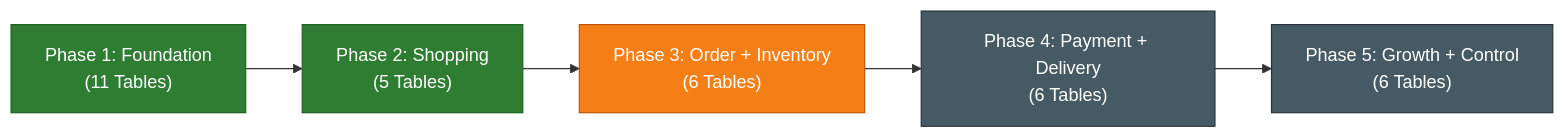
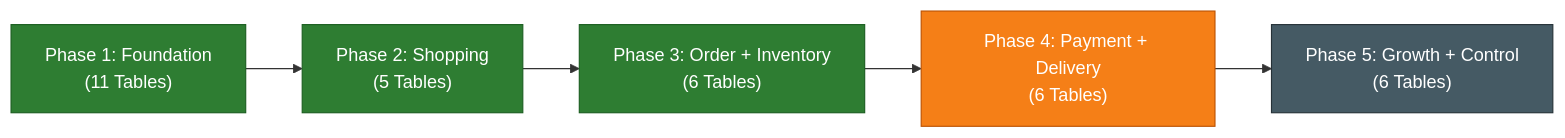
Before and after one commit to 4pNTING/millionx-ecommerce-backend: the diagram in docs/PROJECT_PHASES_DOCUMENT.md, drawn with Mermaid. The commit also changed other lines of this file and 66 other files, not shown here.

````diff
--- a/docs/PROJECT_PHASES_DOCUMENT.md
+++ b/docs/PROJECT_PHASES_DOCUMENT.md
@@ -9,13 +9,13 @@
 ```mermaid
 flowchart LR
     P1["Phase 1: Foundation\n(11 Tables)"] --> P2["Phase 2: Shopping\n(5 Tables)"]
     P2 --> P3["Phase 3: Order + Inventory\n(6 Tables)"]
     P3 --> P4["Phase 4: Payment + Delivery\n(6 Tables)"]
     P4 --> P5["Phase 5: Growth + Control\n(6 Tables)"]
 
     style P1 fill:#2e7d32,stroke:#1b5e20,color:#ffffff
     style P2 fill:#2e7d32,stroke:#1b5e20,color:#ffffff
-    style P3 fill:#f57f17,stroke:#bc5100,color:#ffffff
-    style P4 fill:#455a64,stroke:#263238,color:#ffffff
+    style P3 fill:#2e7d32,stroke:#1b5e20,color:#ffffff
+    style P4 fill:#f57f17,stroke:#bc5100,color:#ffffff
     style P5 fill:#455a64,stroke:#263238,color:#ffffff
 ```
````
